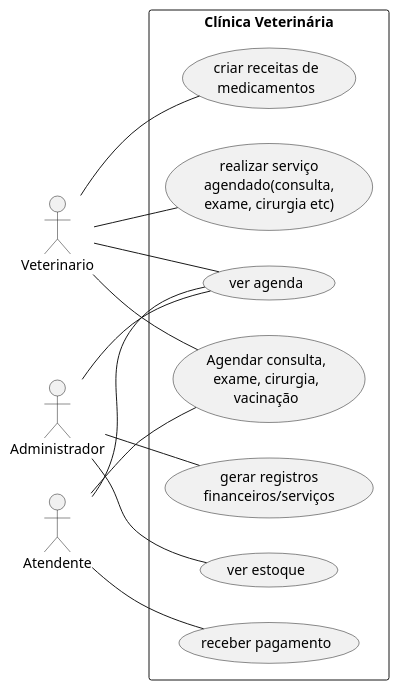
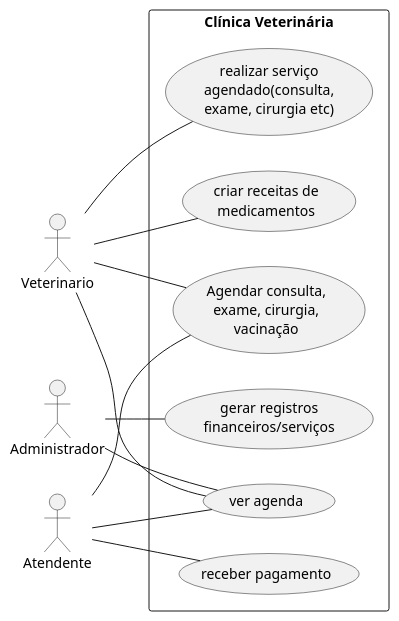
One commit to clarrinha/Clinicavet1 changed the diagram in diagrama_vt.puml. Above: the diagram before and after it, drawn with PlantUML.

Commit message:
Remove 'ver estoque' use case from diagram
Removed the use case for checking stock from the diagram.

```diff
--- a/diagrama_vt.puml
+++ b/diagrama_vt.puml
@@ -1,41 +1,40 @@
 @startuml
 ' Define a direção do layout da esquerda para a direita
 left to right direction
 
 
 actor Veterinario
 actor Administrador
 actor Atendente
 
 
 rectangle "Clínica Veterinária" {
   usecase UC1 as "Agendar consulta,
   exame, cirurgia,
   vacinação"
   usecase UC2 as "realizar serviço
   agendado(consulta,
   exame, cirurgia etc)"
-  usecase UC3 as "ver estoque"
   usecase UC4 as "ver agenda"
   usecase UC5 as "criar receitas de
   medicamentos"
   usecase UC6 as "gerar registros
   financeiros/serviços"
   usecase UC7 as "receber pagamento"
 }
 
 '  atores e os casos de uso
 Veterinario -- UC1
 Veterinario -- UC2
 Veterinario -- UC4
 Veterinario -- UC5
 
-Administrador -- UC3
+
 Administrador -- UC4
 Administrador -- UC6
 
 Atendente -- UC1
 Atendente -- UC4
 Atendente -- UC7
 
 @enduml
```
